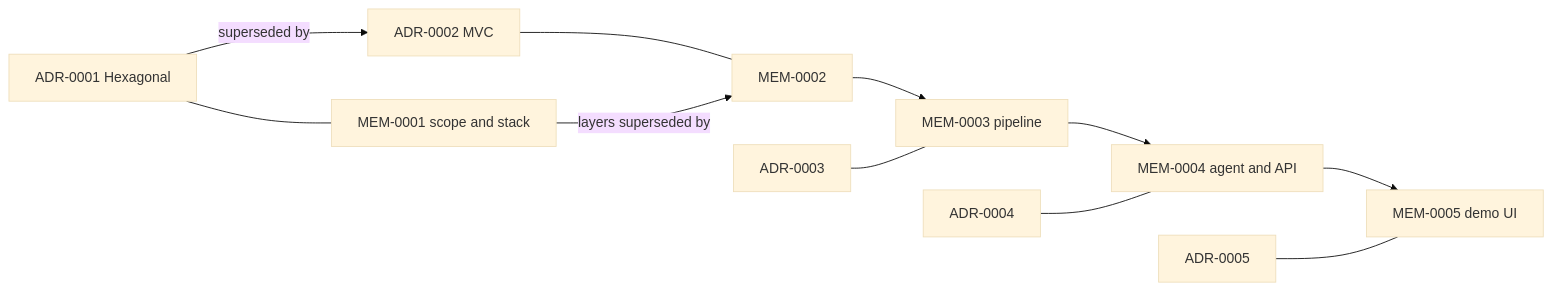
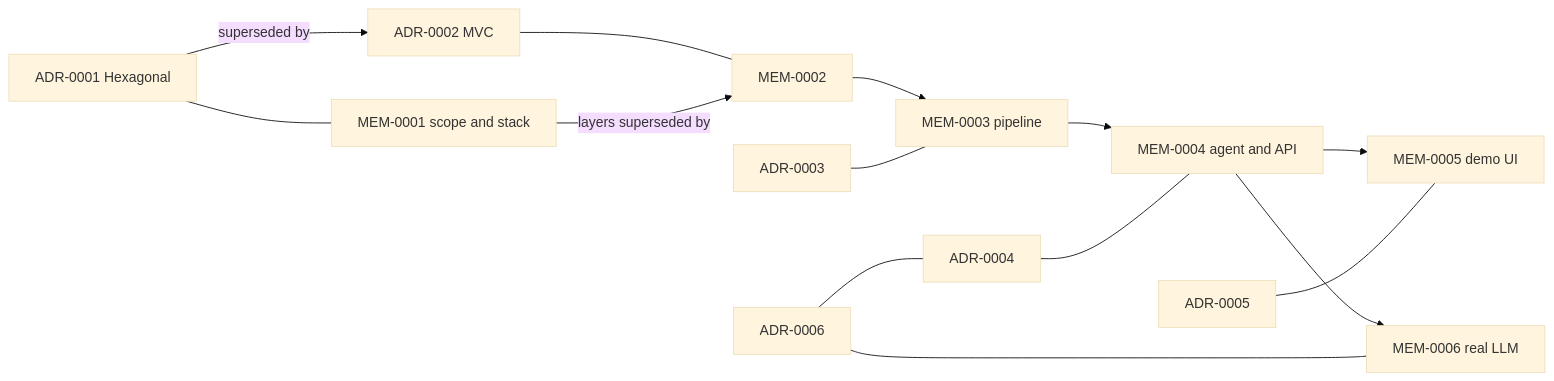
The diagram in docs/adr/README.md (mangreen/homewellness-agent), drawn with Mermaid (base theme) before and after one commit. The commit also changed other lines of this file and 11 other files, not shown here.

Commit message:
docs: add ADR-0006 and MEM-0006 for real LLM providers, update README, index and demo script

````diff
--- a/docs/adr/README.md
+++ b/docs/adr/README.md
@@ -36,11 +38,14 @@
 ```mermaid
 flowchart LR
     ADR1["ADR-0001 Hexagonal"] -- "superseded by" --> ADR2["ADR-0002 MVC"]
     ADR2 --- MEM2["MEM-0002"]
     ADR1 --- MEM1["MEM-0001 scope and stack"]
     MEM1 -- "layers superseded by" --> MEM2
     MEM2 --> MEM3["MEM-0003 pipeline"] --> MEM4["MEM-0004 agent and API"] --> MEM5["MEM-0005 demo UI"]
     ADR3["ADR-0003"] --- MEM3
     ADR4["ADR-0004"] --- MEM4
     ADR5["ADR-0005"] --- MEM5
+    MEM4 --> MEM6["MEM-0006 real LLM"]
+    ADR6["ADR-0006"] --- MEM6
+    ADR6 --- ADR4
 ```
````
